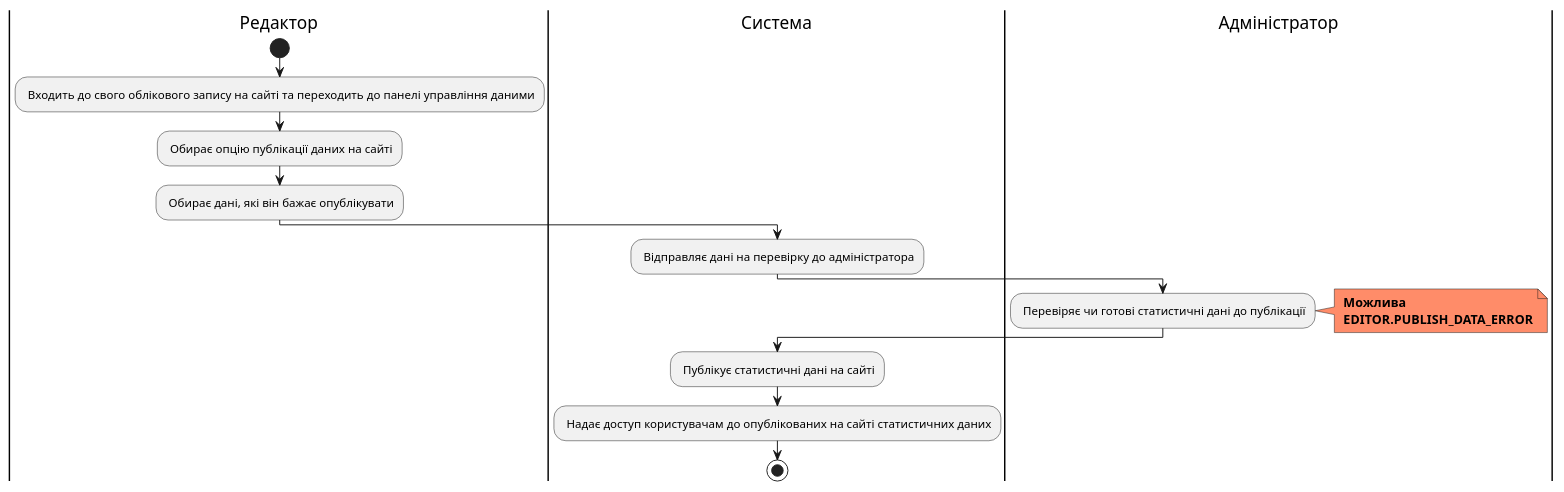
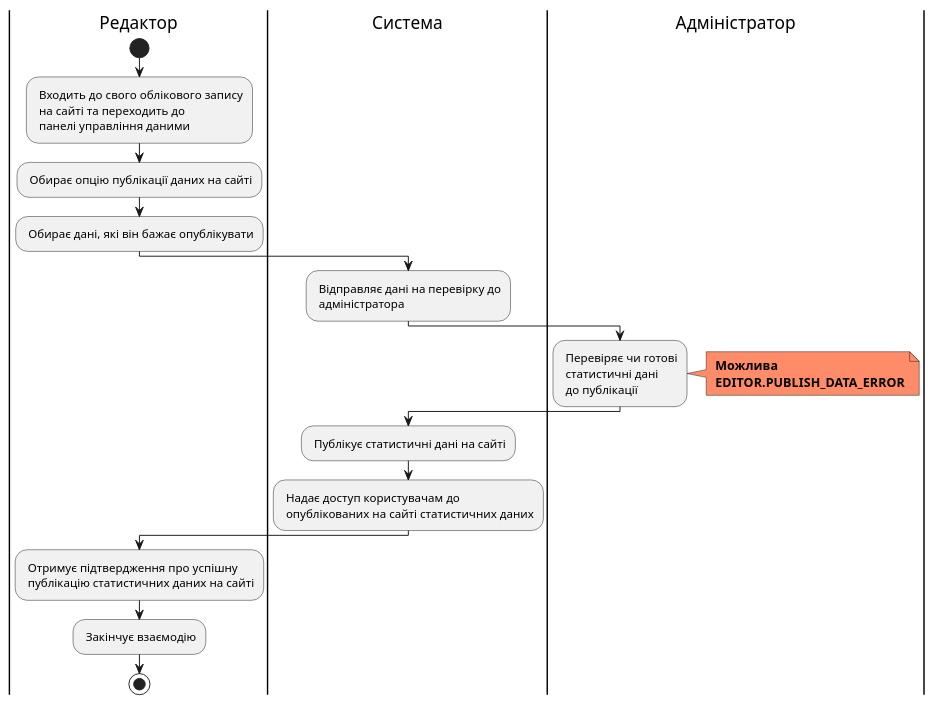
One commit to edu-db/edu_db_labs changed diagram 15 of 19 in docs/use cases/README.md. Above: the diagram before and after it, drawn with PlantUML. The commit also changed other lines of this file, not shown here.

```diff
--- a/docs/use cases/README.md
+++ b/docs/use cases/README.md
@@ -1061,25 +1111,29 @@
 @startuml
 
 |Редактор|
 start;
-: Входить до свого облікового запису на сайті та переходить до панелі управління даними;
+: Входить до свого облікового запису\n на сайті та переходить до\n панелі управління даними;
 : Обирає опцію публікації даних на сайті;
 : Обирає дані, які він бажає опублікувати;
 
 |Система|
-: Відправляє дані на перевірку до адміністратора;
+: Відправляє дані на перевірку до\n адміністратора;
 
 |Адміністратор|
-: Перевіряє чи готові статистичні дані до публікації;
+: Перевіряє чи готові\n статистичні дані\n до публікації;
 
 note right #ff8c69
 <b> Можлива
 <b> EDITOR.PUBLISH_DATA_ERROR
 end note
 
 |Система|
 : Публікує статистичні дані на сайті;
-: Надає доступ користувачам до опублікованих на сайті статистичних даних;
+: Надає доступ користувачам до\n опублікованих на сайті статистичних даних;
+
+|Редактор|
+: Отримує підтвердження про успішну\n публікацію статистичних даних на сайті;
+: Закінчує взаємодію;
   stop;
 
 @enduml
```
